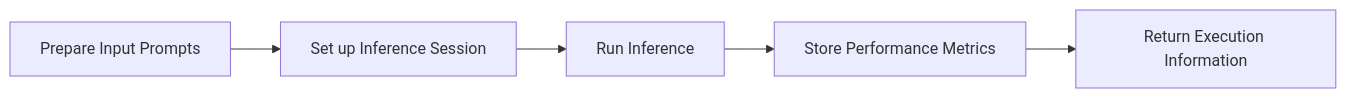
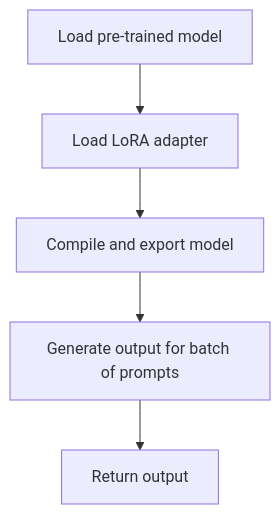
The second of 2 diagrams in .cache/https-github.com-quic-efficient-transformers-18e1b4eec51a/wiki_pages/page-15.md (smedhe/AI_BUZZ_V2), drawn with Mermaid before and after one commit. The commit also changed other lines of this file and 78 other files, not shown here.

````diff
--- a/.cache/https-github.com-quic-efficient-transformers-18e1b4eec51a/wiki_pages/page-15.md
+++ b/.cache/https-github.com-quic-efficient-transformers-18e1b4eec51a/wiki_pages/page-15.md
@@ -22,7 +74,7 @@
 ```mermaid
-flowchart LR
-    A[Prepare Input Prompts] --> B[Set up Inference Session]
-    B --> C[Run Inference]
-    C --> D[Store Performance Metrics]
-    D --> E[Return Execution Information]
+flowchart
+    A[Load pre-trained model] --> B[Load LoRA adapter]
+    B --> C[Compile and export model]
+    C --> D[Generate output for batch of prompts]
+    D --> E[Return output]
 ```
````
